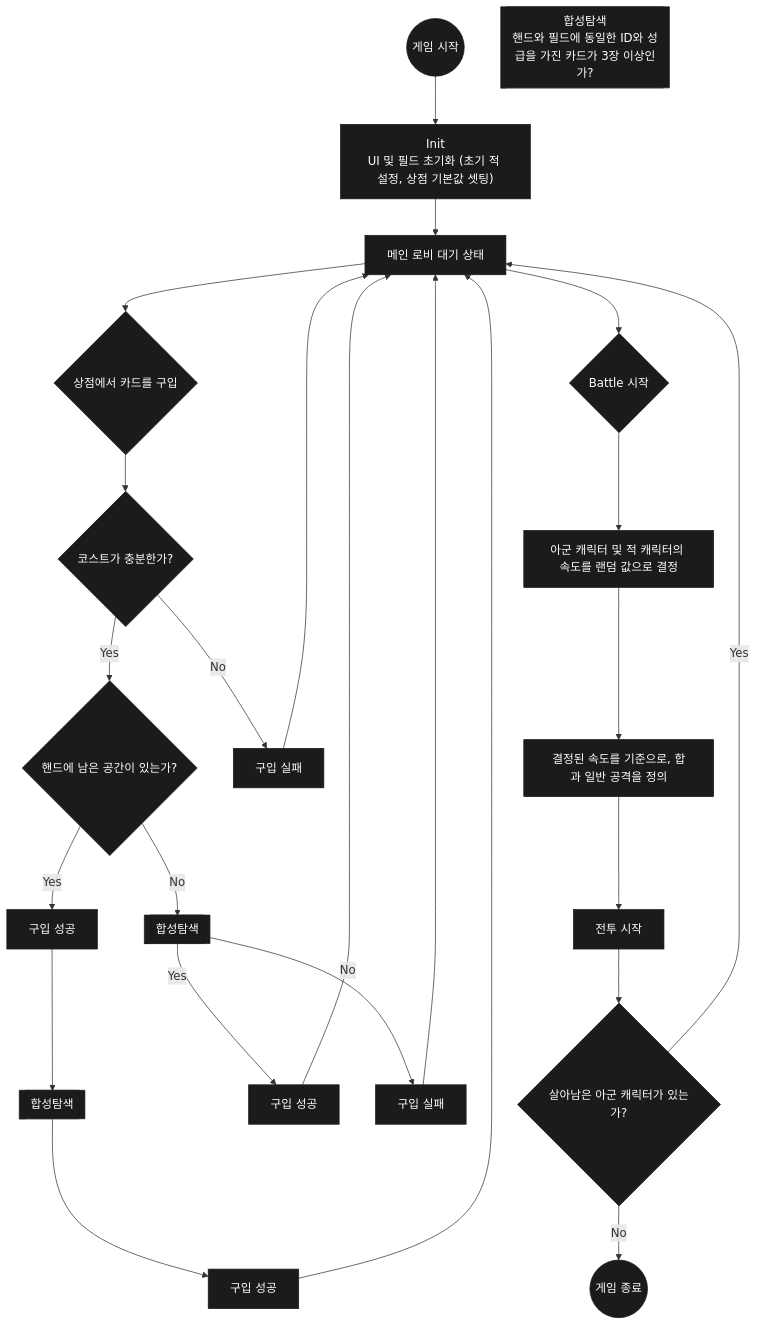
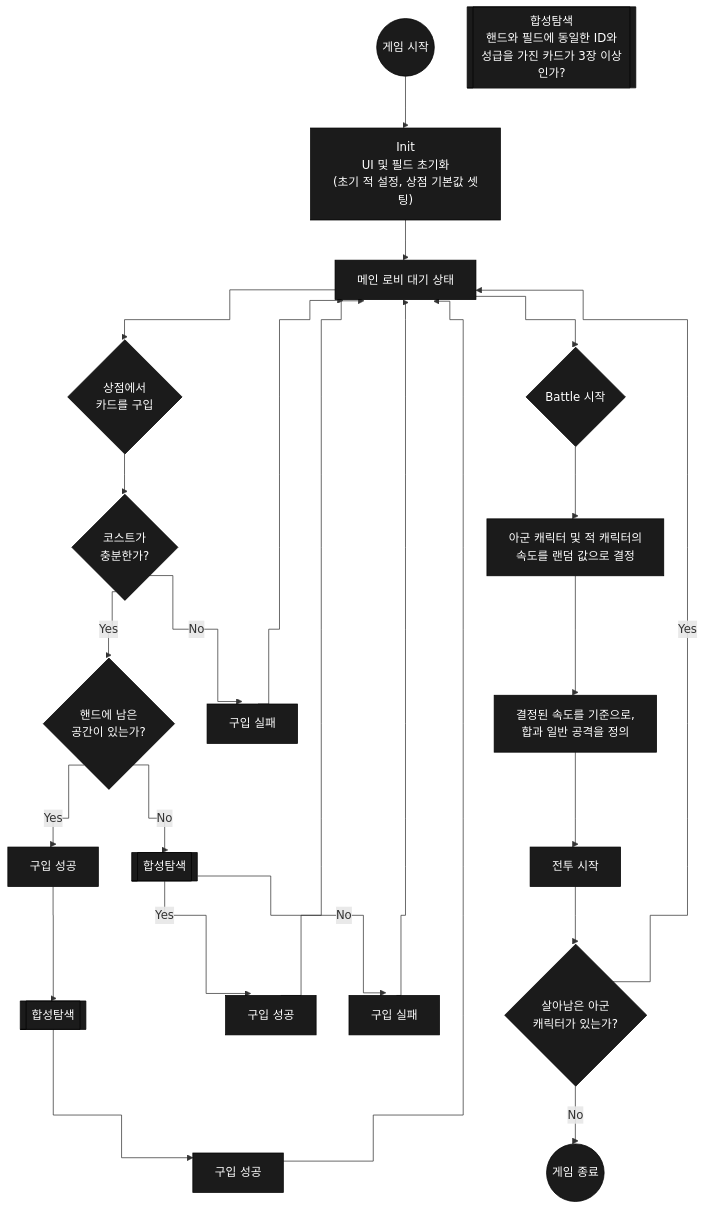
Before and after one commit to applejin0105/Portfolio_Unity_Public: the diagram in Scripts/Scenes/Battle/README.md, drawn with Mermaid.

````diff
--- a/Scripts/Scenes/Battle/README.md
+++ b/Scripts/Scenes/Battle/README.md
@@ -46,41 +46,41 @@
 ```mermaid
+%%{init: {'flowchart': {'curve': 'step', 'nodeSpacing': 45, 'rankSpacing': 55}}}%%
 flowchart TD
-    Start((게임 시작)) --> Init["Init<br/>UI 및 필드 초기화 (초기 적 설정, 상점 기본값 셋팅)"]
+    Start((게임 시작)) --> Init["Init<br/>UI 및 필드 초기화<br/>(초기 적 설정, 상점 기본값 셋팅)"]
     Init --> Lobby["메인 로비 대기 상태"]
 
-    %% 합성탐색 정의 (범례)
-    MergeDef[["합성탐색<br/>핸드와 필드에 동일한 ID와 성급을 가진 카드가 3장 이상인가?"]]
+    MergeDef[["합성탐색<br/>핸드와 필드에 동일한 ID와<br/>성급을 가진 카드가 3장 이상인가?"]]
 
-    %% ── 좌측: 상점 구매 흐름 ──
-    Lobby --> Shop{상점에서 카드를 구입}
-    Shop --> Cost{코스트가 충분한가?}
-    Cost -- Yes --> HandSpace{핸드에 남은 공간이 있는가?}
+    %% ── 좌측: 상점 구매 ──
+    Lobby --> Shop{상점에서<br/>카드를 구입}
+    Shop --> Cost{코스트가<br/>충분한가?}
+    Cost -- Yes --> HandSpace{핸드에 남은<br/>공간이 있는가?}
     Cost -- No --> BuyFail1["구입 실패"]
 
     HandSpace -- Yes --> BuyOk1["구입 성공"]
     HandSpace -- No --> Merge1[["합성탐색"]]
 
     BuyOk1 --> Merge2[["합성탐색"]]
     Merge2 --> BuyOk2["구입 성공"]
 
     Merge1 -- Yes --> BuyOk3["구입 성공"]
     Merge1 -- No --> BuyFail2["구입 실패"]
 
-    %% ── 우측: 전투 흐름 ──
+    %% ── 우측: 전투 ──
     Lobby --> Battle{Battle 시작}
-    Battle --> Speed["아군 캐릭터 및 적 캐릭터의 속도를 랜덤 값으로 결정"]
-    Speed --> Define["결정된 속도를 기준으로, 합과 일반 공격을 정의"]
+    Battle --> Speed["아군 캐릭터 및 적 캐릭터의<br/>속도를 랜덤 값으로 결정"]
+    Speed --> Define["결정된 속도를 기준으로,<br/>합과 일반 공격을 정의"]
     Define --> CombatStart["전투 시작"]
-    CombatStart --> Survive{살아남은 아군 캐릭터가 있는가?}
+    CombatStart --> Survive{살아남은 아군<br/>캐릭터가 있는가?}
     Survive -- Yes --> Lobby
     Survive -- No --> End((게임 종료))
 
-    %% ── 메인 로비로 복귀 ──
+    %% ── 로비 복귀 ──
     BuyFail1 --> Lobby
     BuyOk2 --> Lobby
     BuyOk3 --> Lobby
     BuyFail2 --> Lobby
 
-    classDef dark fill:#1b1b1b,stroke:#1b1b1b,color:#fff;
+    classDef dark fill:#1b1b1b,stroke:#000,stroke-width:1px,color:#fff;
     class Start,Init,Lobby,Shop,Cost,HandSpace,BuyFail1,BuyOk1,Merge1,Merge2,BuyOk2,BuyOk3,BuyFail2,Battle,Speed,Define,CombatStart,Survive,End,MergeDef dark;
 ```
````
